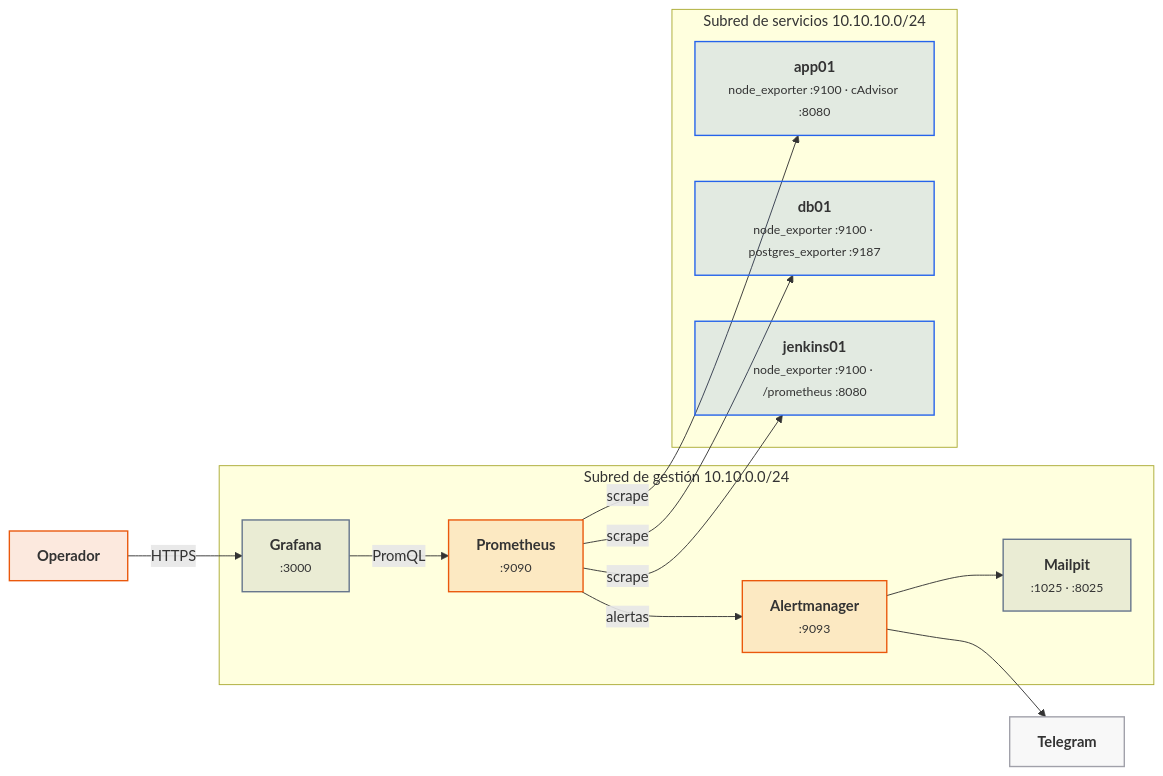
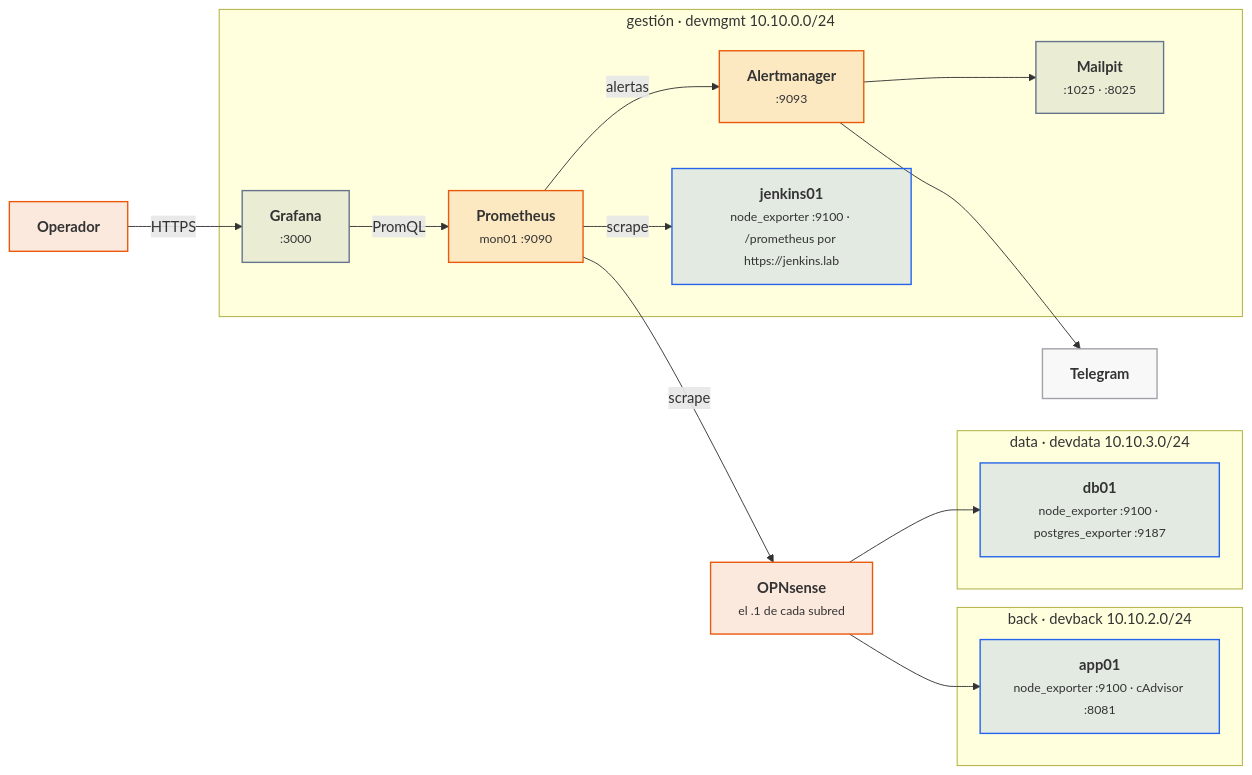
Before and after one commit to victor-educ/apuntes-5166: the second of 2 diagrams in docs/ut/ut7-monitorizacion.md, drawn with Mermaid. The commit also changed other lines of this file and 15 other files, not shown here.

````diff
--- a/docs/ut/ut7-monitorizacion.md
+++ b/docs/ut/ut7-monitorizacion.md
@@ -205,30 +216,34 @@
 ```mermaid
 flowchart LR
-    subgraph gestion["Subred de gestión 10.10.0.0/24"]
-        P["<b>Prometheus</b><br><small>:9090</small>"]:::act
+    subgraph gestion["gestión · devmgmt 10.10.0.0/24"]
+        P["<b>Prometheus</b><br><small>mon01 :9090</small>"]:::act
         AM["<b>Alertmanager</b><br><small>:9093</small>"]:::act
         G["<b>Grafana</b><br><small>:3000</small>"]:::pieza
         MP["<b>Mailpit</b><br><small>:1025 · :8025</small>"]:::pieza
+        J["<b>jenkins01</b><br><small>node_exporter :9100 · /prometheus por https://jenkins.lab</small>"]:::dato
     end
-    subgraph servicios["Subred de servicios 10.10.10.0/24"]
-        A["<b>app01</b><br><small>node_exporter :9100 · cAdvisor :8080</small>"]:::dato
+    FW["<b>OPNsense</b><br><small>el .1 de cada subred</small>"]:::act
+    subgraph back["back · devback 10.10.2.0/24"]
+        A["<b>app01</b><br><small>node_exporter :9100 · cAdvisor :8081</small>"]:::dato
+    end
+    subgraph data["data · devdata 10.10.3.0/24"]
         D["<b>db01</b><br><small>node_exporter :9100 · postgres_exporter :9187</small>"]:::dato
-        J["<b>jenkins01</b><br><small>node_exporter :9100 · /prometheus :8080</small>"]:::dato
     end
     OPS["<b>Operador</b>"]:::act
     TG["<b>Telegram</b>"]:::infra
-    P -- scrape --> A
-    P -- scrape --> D
     P -- scrape --> J
+    P -- scrape --> FW
+    FW --> A
+    FW --> D
     P -- alertas --> AM
     AM --> MP
     AM --> TG
     G -- PromQL --> P
     OPS -- HTTPS --> G
     classDef act fill:#ea580c22,stroke:#ea580c,stroke-width:1.5px
     classDef pieza fill:#64748b22,stroke:#64748b,stroke-width:1.5px
     classDef dato fill:#2563eb22,stroke:#2563eb,stroke-width:1.5px
     classDef infra fill:#a1a1aa14,stroke:#a1a1aa,stroke-width:1.5px
     classDef ok fill:#16a34a22,stroke:#16a34a,stroke-width:1.5px
     classDef riesgo fill:#dc262622,stroke:#dc2626,stroke-width:1.5px
 ```
````
